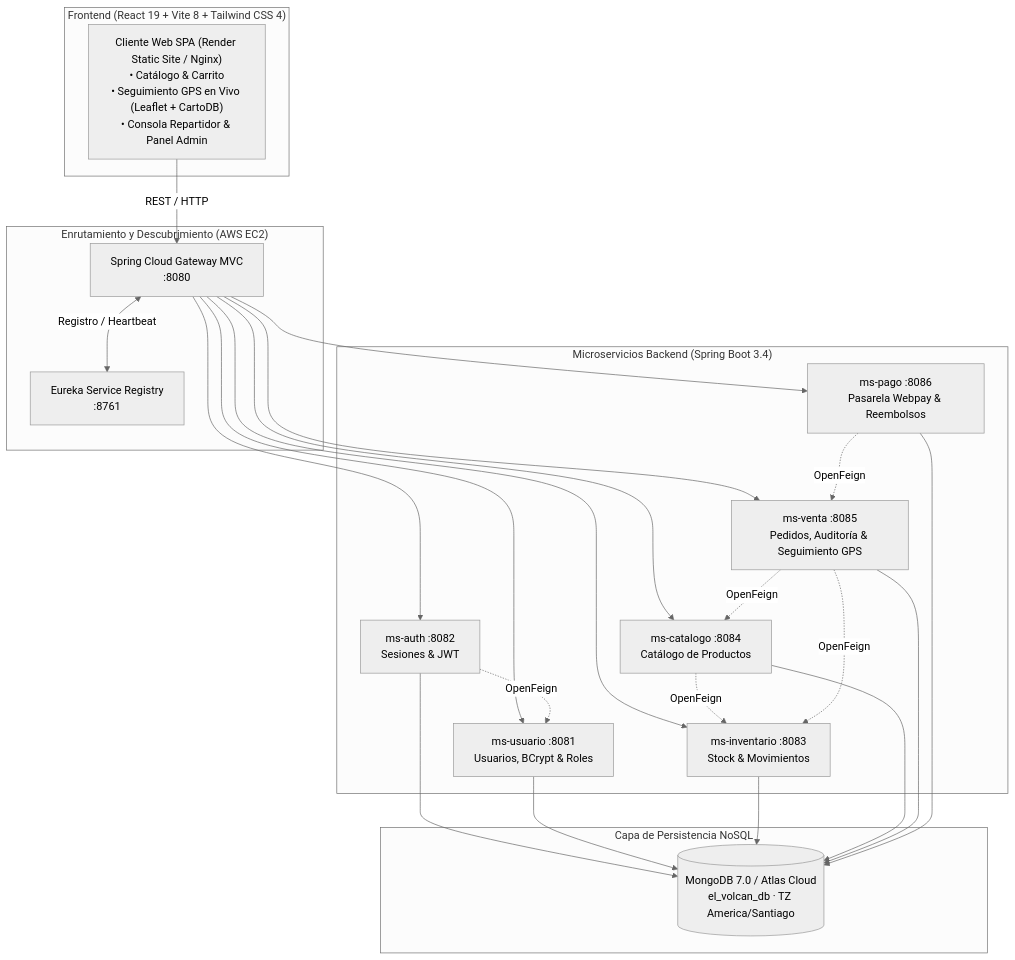
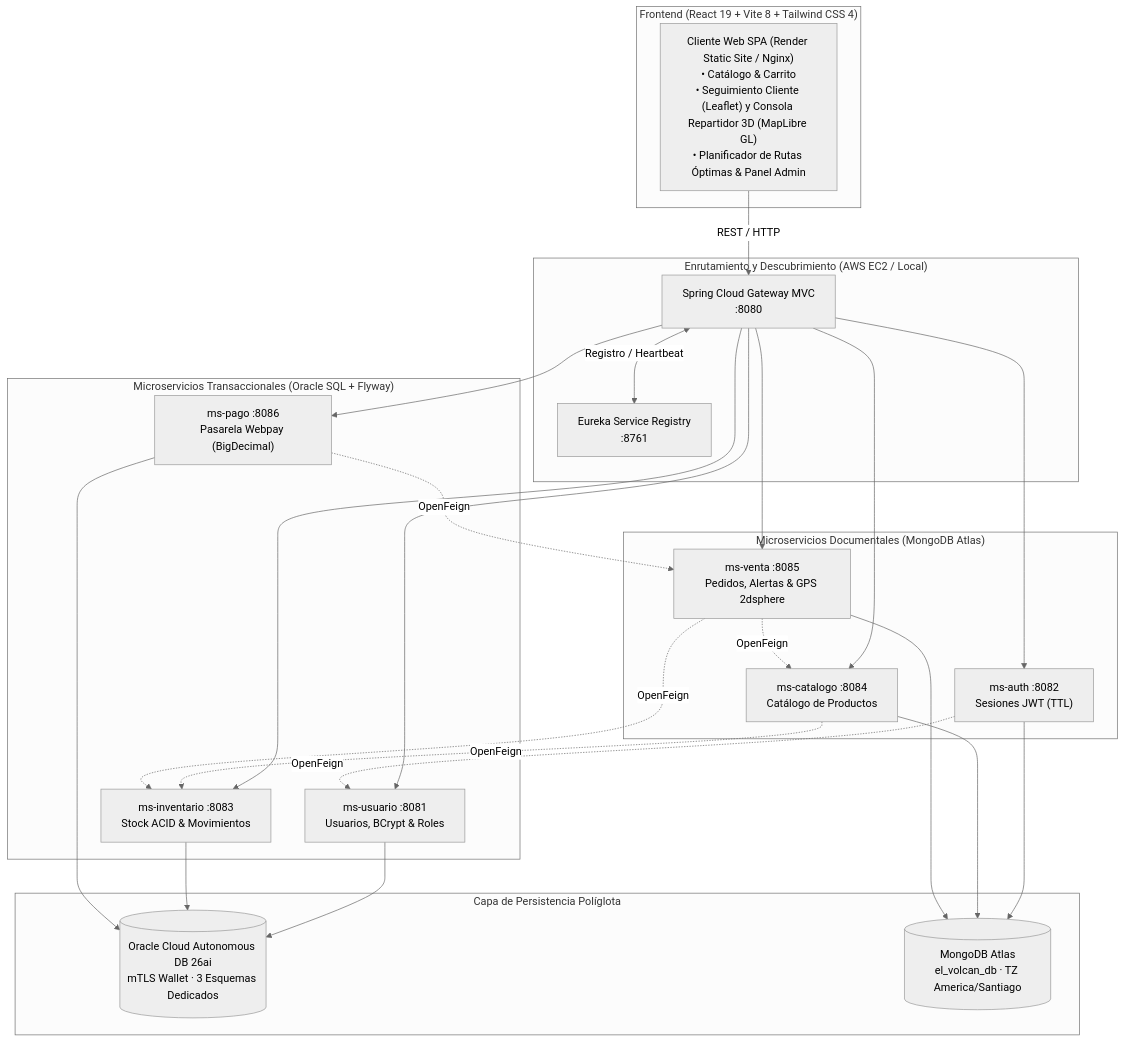
The diagram in README.md (DamianMercado/ElVolcanDB), drawn with Mermaid (neutral theme) before and after one commit. The commit also changed other lines of this file and 68 other files, not shown here.

First line of the commit message:
feat(backend,frontend): persistencia poliglota Oracle Cloud 26ai + MongoDB Atlas y mapa repartidor 3D

````diff
--- a/README.md
+++ b/README.md
@@ -9,35 +9,40 @@
 ```mermaid
 flowchart TB
     subgraph Frontend_Layer ["Frontend (React 19 + Vite 8 + Tailwind CSS 4)"]
-        SPA["Cliente Web SPA (Render Static Site / Nginx)<br/>• Catálogo & Carrito<br/>• Seguimiento GPS en Vivo (Leaflet + CartoDB)<br/>• Consola Repartidor & Panel Admin"]
+        SPA["Cliente Web SPA (Render Static Site / Nginx)<br/>• Catálogo & Carrito<br/>• Seguimiento Cliente (Leaflet) y Consola Repartidor 3D (MapLibre GL)<br/>• Planificador de Rutas Óptimas & Panel Admin"]
     end
 
-    subgraph Gateway_Discovery ["Enrutamiento y Descubrimiento (AWS EC2)"]
+    subgraph Gateway_Discovery ["Enrutamiento y Descubrimiento (AWS EC2 / Local)"]
         GW["Spring Cloud Gateway MVC<br/>:8080"]
         EUR["Eureka Service Registry<br/>:8761"]
     end
 
-    subgraph Microservices ["Microservicios Backend (Spring Boot 3.4)"]
-        AUTH["ms-auth :8082<br/>Sesiones & JWT"]
+    subgraph SQL_Services ["Microservicios Transaccionales (Oracle SQL + Flyway)"]
         USU["ms-usuario :8081<br/>Usuarios, BCrypt & Roles"]
-        INV["ms-inventario :8083<br/>Stock & Movimientos"]
-        CAT["ms-catalogo :8084<br/>Catálogo de Productos"]
-        VEN["ms-venta :8085<br/>Pedidos, Auditoría & Seguimiento GPS"]
-        PAG["ms-pago :8086<br/>Pasarela Webpay & Reembolsos"]
+        INV["ms-inventario :8083<br/>Stock ACID & Movimientos"]
+        PAG["ms-pago :8086<br/>Pasarela Webpay (BigDecimal)"]
     end
 
-    subgraph Data_Layer ["Capa de Persistencia NoSQL"]
-        MONGO[("MongoDB 7.0 / Atlas Cloud<br/>el_volcan_db · TZ America/Santiago")]
+    subgraph NoSQL_Services ["Microservicios Documentales (MongoDB Atlas)"]
+        AUTH["ms-auth :8082<br/>Sesiones JWT (TTL)"]
+        CAT["ms-catalogo :8084<br/>Catálogo de Productos"]
+        VEN["ms-venta :8085<br/>Pedidos, Alertas & GPS 2dsphere"]
+    end
+
+    subgraph Data_Layer ["Capa de Persistencia Políglota"]
+        ORACLE[("Oracle Cloud Autonomous DB 26ai<br/>mTLS Wallet · 3 Esquemas Dedicados")]
+        MONGO[("MongoDB Atlas<br/>el_volcan_db · TZ America/Santiago")]
     end
 
     SPA -->|REST / HTTP| GW
     GW <-->|Registro / Heartbeat| EUR
-    GW --> AUTH & USU & INV & CAT & VEN & PAG
+    GW --> USU & INV & PAG & AUTH & CAT & VEN
 
     AUTH -. OpenFeign .-> USU
     CAT -. OpenFeign .-> INV
     VEN -. OpenFeign .-> INV & CAT
     PAG -. OpenFeign .-> VEN
 
-    AUTH & USU & INV & CAT & VEN & PAG --> MONGO
+    USU & INV & PAG --> ORACLE
+    AUTH & CAT & VEN --> MONGO
 ```
````
